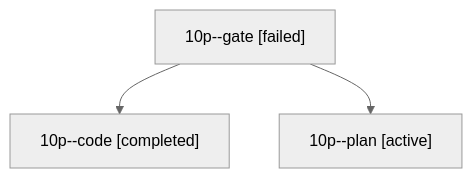
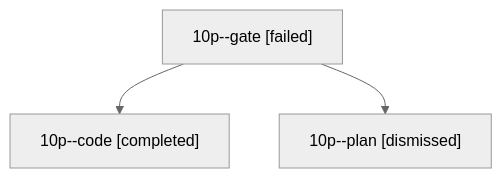
One commit to bobs-org/bob-cli--agents changed the diagram in sessions/bbugyi200.athena.10p.md. Above: the diagram before and after it, drawn with Mermaid (neutral theme). The commit also changed other lines of this file and 10 other files, not shown here.

````diff
--- a/sessions/bbugyi200.athena.10p.md
+++ b/sessions/bbugyi200.athena.10p.md
@@ -9,8 +9,8 @@
 ```mermaid
 flowchart TD
   n0["10p--gate [failed]"]
   n1["10p--code [completed]"]
   n0 --> n1
-  n2["10p--plan [active]"]
+  n2["10p--plan [dismissed]"]
   n0 --> n2
 ```
````
